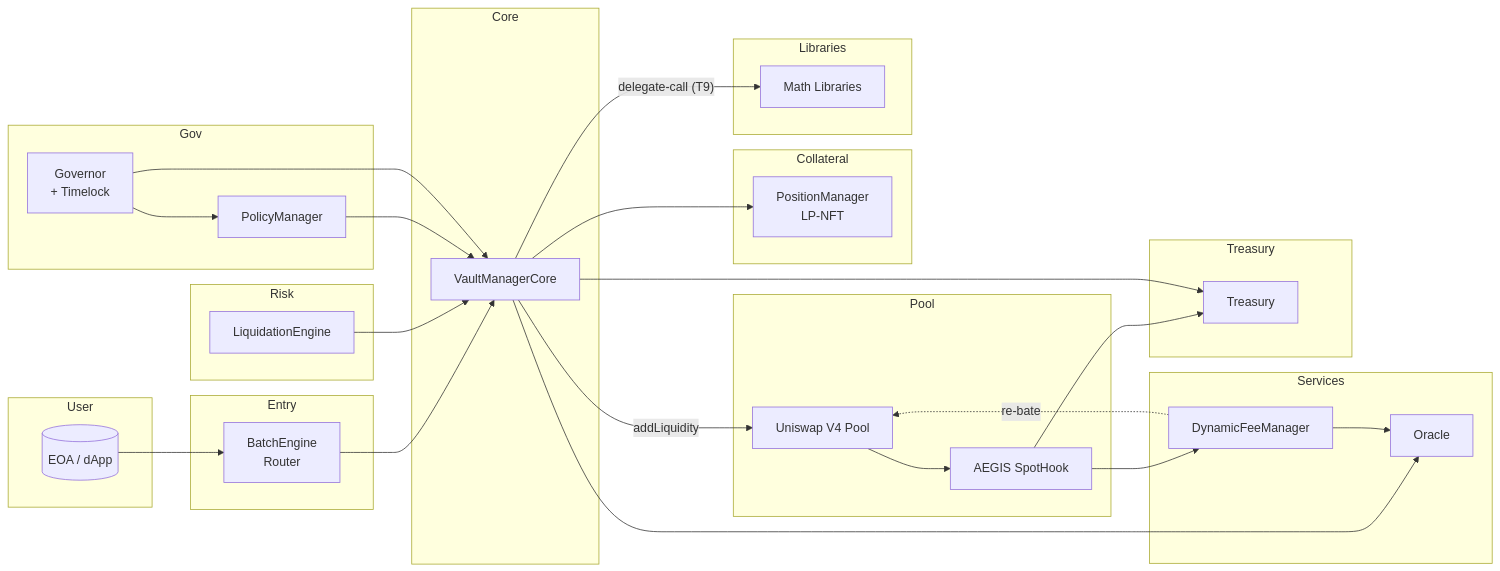
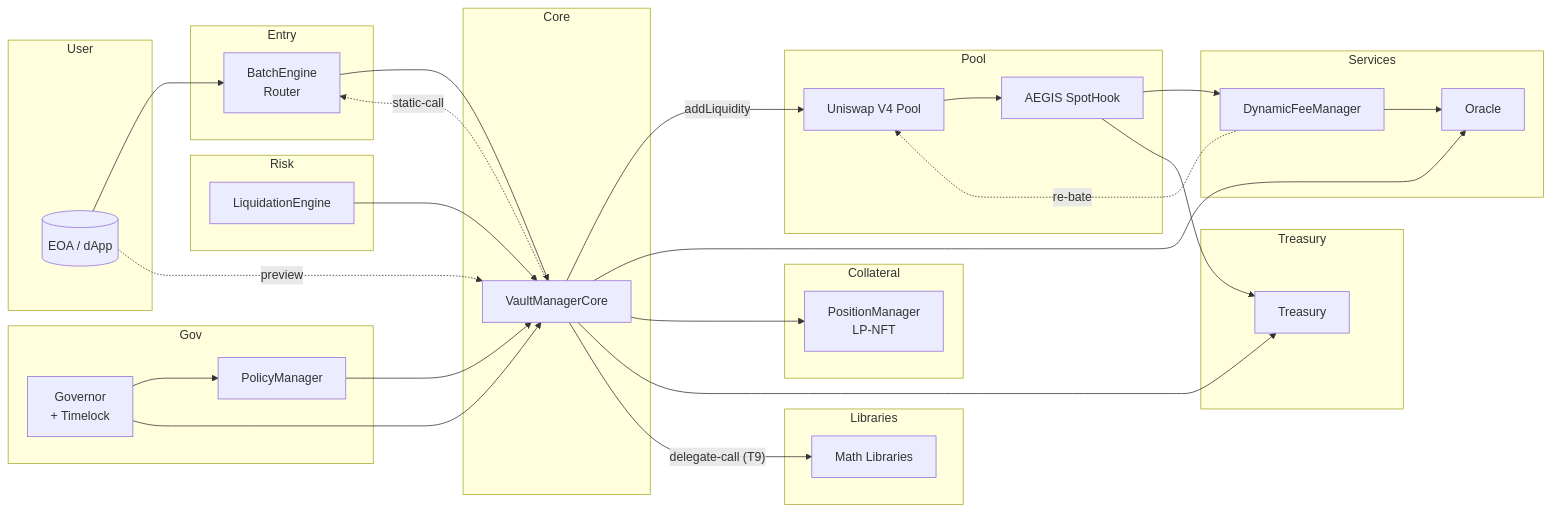
Before and after one commit to labs-solo/AEGIS_DFM: the first of 2 diagrams in docs/spec/03_System_Architecture.md, drawn with Mermaid. The commit also changed 5 other files, not shown here.

````diff
--- a/docs/spec/03_System_Architecture.md
+++ b/docs/spec/03_System_Architecture.md
@@ -40,51 +40,53 @@
 ```mermaid
 flowchart LR
     subgraph User
         EOA[(EOA / dApp)]
     end
     subgraph Entry
         BE[BatchEngine<br>Router]
     end
     subgraph Core
         VMC[VaultManagerCore]
     end
     subgraph Pool
         UV4[Uniswap V4 Pool]
         SH[AEGIS SpotHook]
     end
     subgraph Services
         DFM[DynamicFeeManager]
         ORA[Oracle]
     end
     subgraph Collateral
         PM[PositionManager<br/>LP-NFT]
     end
     subgraph Risk
         LQ[LiquidationEngine]
     end
     subgraph Gov
         GOV[Governor<br>+ Timelock]
         POL[PolicyManager]
     end
     subgraph Treasury
         TSWY[Treasury]
     end
     subgraph Libraries
         LIB[Math Libraries]
     end
 
     EOA --> BE --> VMC
+    EOA -.preview.-> VMC
+    VMC -.static-call.-> BE
     VMC -->|addLiquidity| UV4
     UV4 --> SH
     SH --> DFM
     DFM -.re‑bate.-> UV4
     SH --> TSWY
     VMC --> ORA
     DFM --> ORA
     VMC --> PM
     LQ --> VMC
     GOV --> POL --> VMC
     GOV --> VMC
     VMC --> TSWY
     VMC -->|"delegate-call (T9)"| LIB
 ```
````
